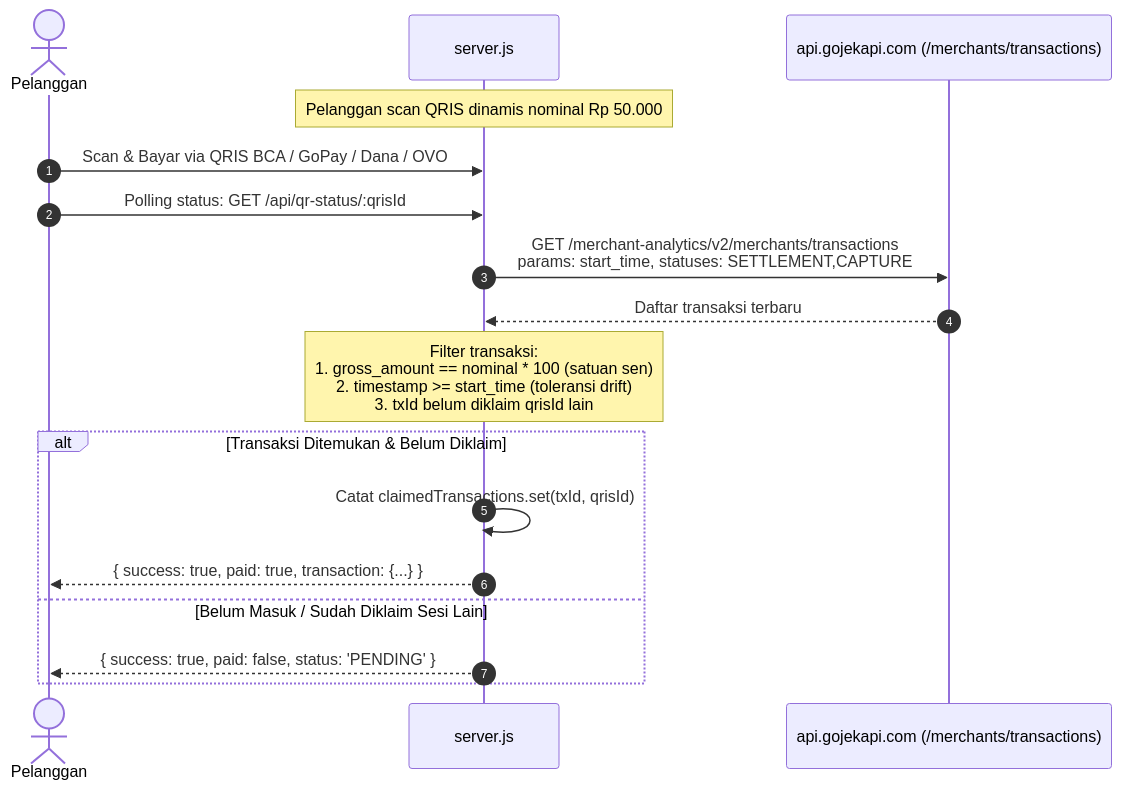
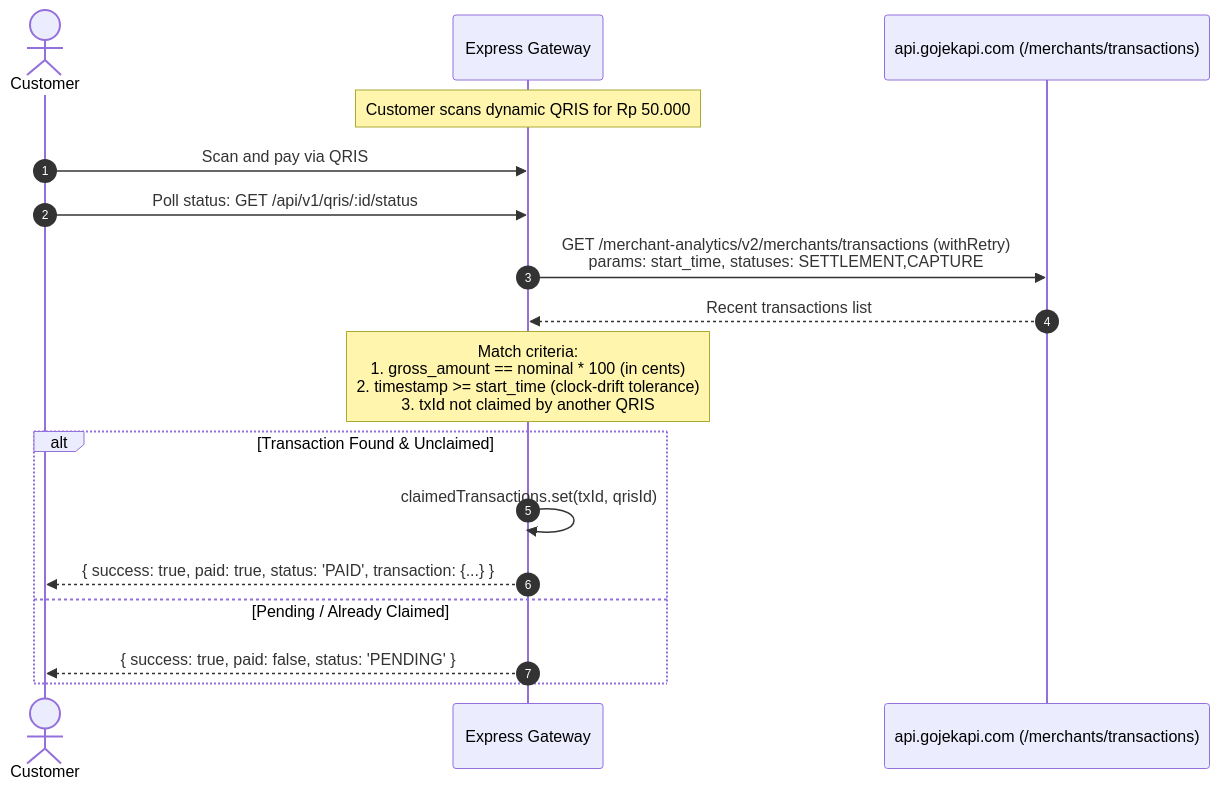
The third of 3 diagrams in GOJEK_API_DOCS.md (azmi2409/gopay-merchant-qris-gateway), drawn with Mermaid before and after one commit. The commit also changed other lines of this file and 23 other files, not shown here.

````diff
--- a/GOJEK_API_DOCS.md
+++ b/GOJEK_API_DOCS.md
@@ -122,23 +138,23 @@
 ```mermaid
 sequenceDiagram
     autonumber
-    actor Pembeli as Pelanggan
-    participant Gateway as server.js
+    actor Customer as Customer
+    participant Gateway as Express Gateway
     participant GojekAPI as api.gojekapi.com (/merchants/transactions)
     
-    Note over Gateway: Pelanggan scan QRIS dinamis nominal Rp 50.000
-    Pembeli->>Gateway: Scan & Bayar via QRIS BCA / GoPay / Dana / OVO
-    Pembeli->>Gateway: Polling status: GET /api/qr-status/:qrisId
+    Note over Gateway: Customer scans dynamic QRIS for Rp 50.000
+    Customer->>Gateway: Scan and pay via QRIS
+    Customer->>Gateway: Poll status: GET /api/v1/qris/:id/status
     
-    Gateway->>GojekAPI: GET /merchant-analytics/v2/merchants/transactions<br/>params: start_time, statuses: SETTLEMENT,CAPTURE
-    GojekAPI-->>Gateway: Daftar transaksi terbaru
+    Gateway->>GojekAPI: GET /merchant-analytics/v2/merchants/transactions (withRetry)<br/>params: start_time, statuses: SETTLEMENT,CAPTURE
+    GojekAPI-->>Gateway: Recent transactions list
     
-    Note over Gateway: Filter transaksi:<br/>1. gross_amount == nominal * 100 (satuan sen)<br/>2. timestamp >= start_time (toleransi drift)<br/>3. txId belum diklaim qrisId lain
+    Note over Gateway: Match criteria:<br/>1. gross_amount == nominal * 100 (in cents)<br/>2. timestamp >= start_time (clock-drift tolerance)<br/>3. txId not claimed by another QRIS
     
-    alt Transaksi Ditemukan & Belum Diklaim
-        Gateway->>Gateway: Catat claimedTransactions.set(txId, qrisId)
-        Gateway-->>Pembeli: { success: true, paid: true, transaction: {...} }
-    else Belum Masuk / Sudah Diklaim Sesi Lain
-        Gateway-->>Pembeli: { success: true, paid: false, status: 'PENDING' }
+    alt Transaction Found & Unclaimed
+        Gateway->>Gateway: claimedTransactions.set(txId, qrisId)
+        Gateway-->>Customer: { success: true, paid: true, status: 'PAID', transaction: {...} }
+    else Pending / Already Claimed
+        Gateway-->>Customer: { success: true, paid: false, status: 'PENDING' }
     end
 ```
````
